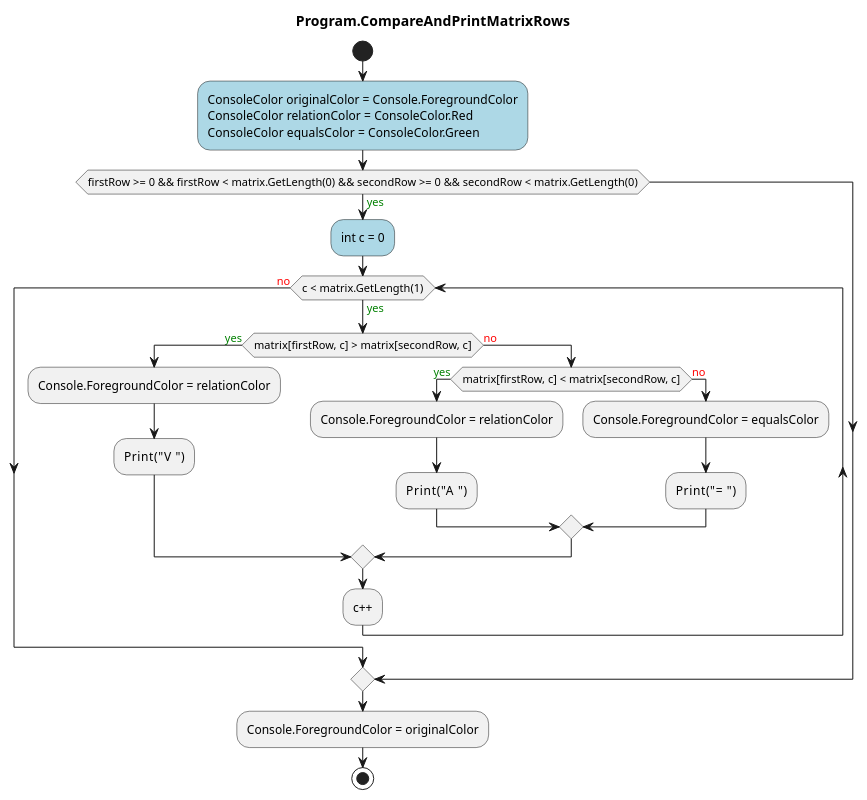
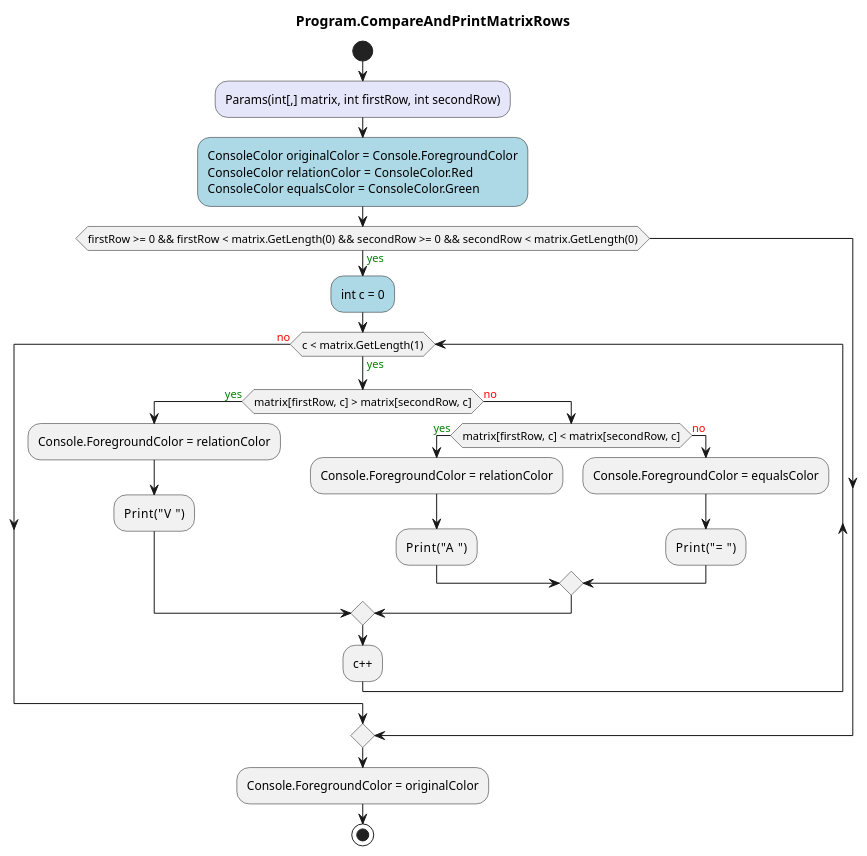
The diagram in Matrix.ConApp/Diagrams/ac_Program_CompareAndPrintMatrixRows.puml (leoggehrer/2324-34_ABIF_ACIF_POSE), drawn with PlantUML before and after one commit. The commit also changed 227 other files, not shown here.

Commit message:
Changed folder name from Diagrams to diagrams.

```diff
--- a/Matrix.ConApp/Diagrams/ac_Program_CompareAndPrintMatrixRows.puml
+++ b/Matrix.ConApp/Diagrams/ac_Program_CompareAndPrintMatrixRows.puml
@@ -1,27 +1,28 @@
 @startuml Program.CompareAndPrintMatrixRows
 title Program.CompareAndPrintMatrixRows
 start
+#Lavender:Params(int[,] matrix, int firstRow, int secondRow);
 #LightBlue:ConsoleColor originalColor = Console.ForegroundColor
 ConsoleColor relationColor = ConsoleColor.Red
 ConsoleColor equalsColor = ConsoleColor.Green;
 if (firstRow >= 0 && firstRow < matrix.GetLength(0) && secondRow >= 0 && secondRow < matrix.GetLength(0)) then (<color:green>yes)
     #LightBlue:int c = 0;
     while (c < matrix.GetLength(1)) is (<color:green>yes)
         if (matrix[firstRow, c] > matrix[secondRow, c]) then (<color:green>yes)
             :Console.ForegroundColor = relationColor;
             :Print("V   ");
           else (<color:red>no)
             if (matrix[firstRow, c] < matrix[secondRow, c]) then (<color:green>yes)
                 :Console.ForegroundColor = relationColor;
                 :Print("A   ");
               else (<color:red>no)
                   :Console.ForegroundColor = equalsColor;
                   :Print("=   ");
             endif
         endif
     :c++;
     endwhile (<color:red>no)
 endif
 :Console.ForegroundColor = originalColor;
 stop
 @enduml
```
